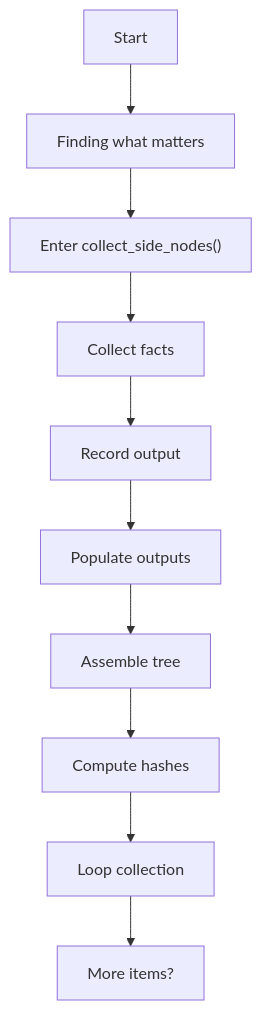
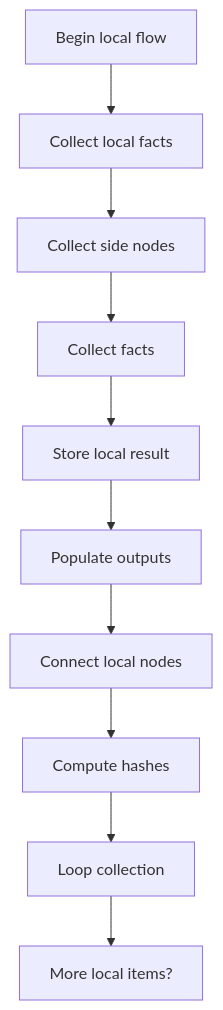
One commit to JohnAndrewBalbarosa/NeoTerritory changed the first of 5 diagrams in docs/Codebase/Microservice/Modules/Source/HashingMechanism/HashLinks/Collect/Flow/hash_links_collect_program_flow.cpp.md. Above: the diagram before and after it, drawn with Mermaid. The commit also changed other lines of this file and 925 other files, not shown here.

````diff
--- a/docs/Codebase/Microservice/Modules/Source/HashingMechanism/HashLinks/Collect/Flow/hash_links_collect_program_flow.cpp.md
+++ b/docs/Codebase/Microservice/Modules/Source/HashingMechanism/HashLinks/Collect/Flow/hash_links_collect_program_flow.cpp.md
@@ -15,22 +15,22 @@
 ```mermaid
 flowchart TD
-    N0["Start"]
-    N1["Finding what matters"]
-    N2["Enter collect_side_nodes()"]
+    N0["Begin local flow"]
+    N1["Collect local facts"]
+    N2["Collect side nodes"]
     N3["Collect facts"]
-    N4["Record output"]
+    N4["Store local result"]
     N5["Populate outputs"]
-    N6["Assemble tree"]
+    N6["Connect local nodes"]
     N7["Compute hashes"]
     N8["Loop collection"]
-    N9["More items?"]
+    N9["More local items?"]
     N0 --> N1
     N1 --> N2
     N2 --> N3
     N3 --> N4
     N4 --> N5
     N5 --> N6
     N6 --> N7
     N7 --> N8
     N8 --> N9
 ```
````
